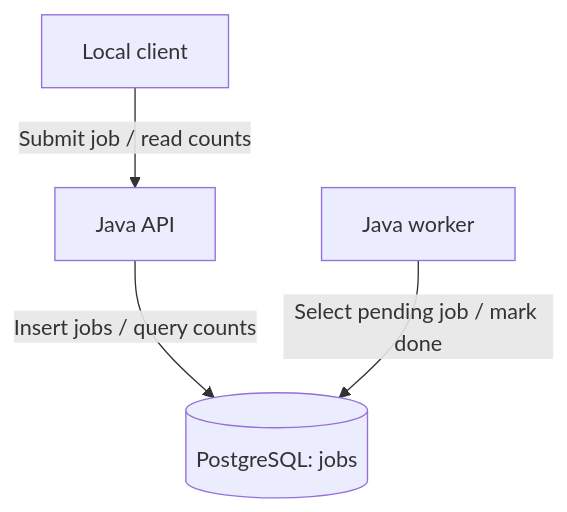
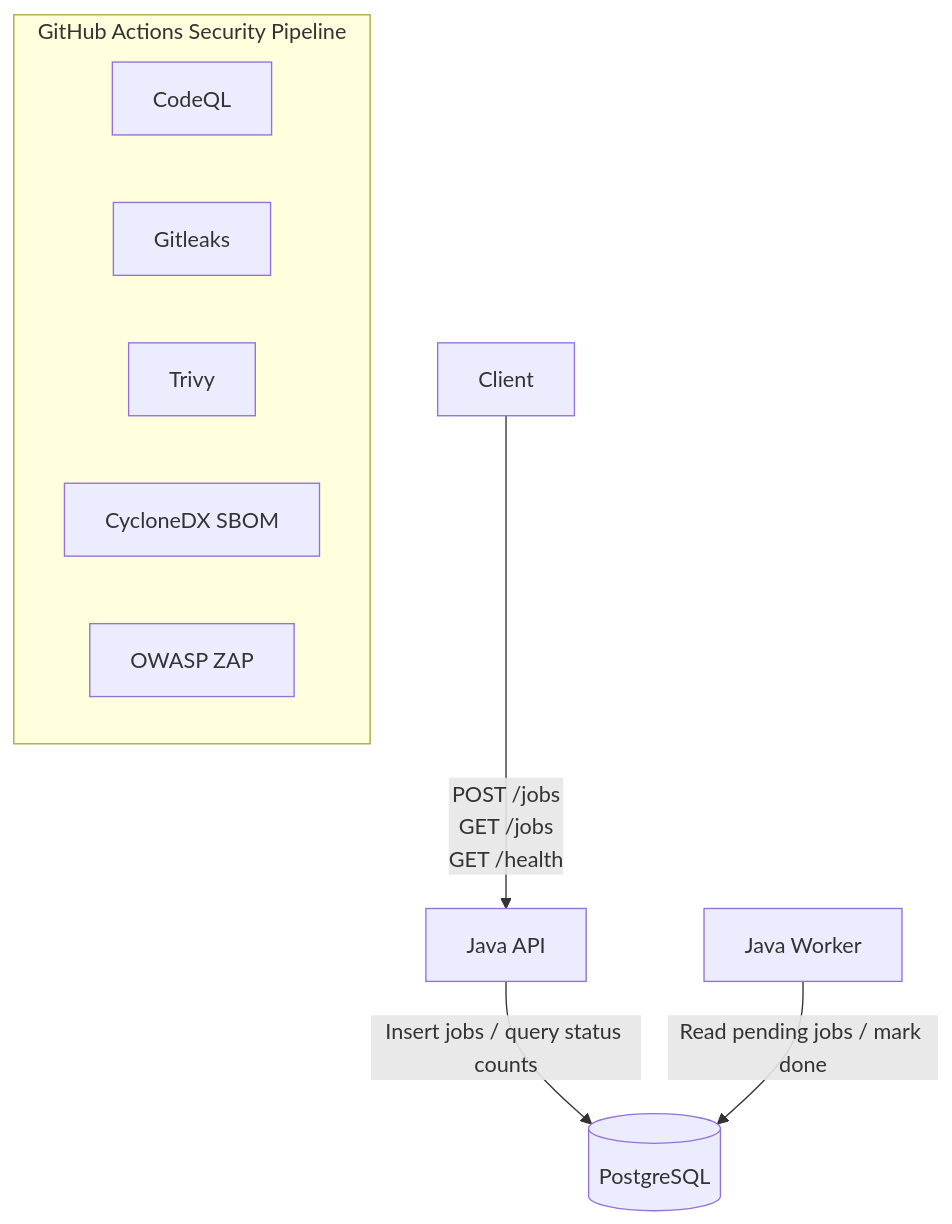
One commit to nokishohid-lgtm/AI-Assisted-DevSecOps-Security-Pipeline changed the diagram in README.md. Above: the diagram before and after it, drawn with Mermaid. The commit also changed other lines of this file, not shown here.

Commit message:
Update documentation for completed Phase 2 security coverage

````diff
--- a/README.md
+++ b/README.md
@@ -106,6 +139,14 @@
 ```mermaid
 flowchart TD
-    Client["Local client"] -->|"Submit job / read counts"| API["Java API"]
-    API -->|"Insert jobs / query counts"| DB[("PostgreSQL: jobs")]
-    Worker["Java worker"] -->|"Select pending job / mark done"| DB
+    Client["Client"] -->|"POST /jobs<br/>GET /jobs<br/>GET /health"| API["Java API"]
+    API -->|"Insert jobs / query status counts"| DB[("PostgreSQL")]
+    Worker["Java Worker"] -->|"Read pending jobs / mark done"| DB
+
+    subgraph DevSecOps["GitHub Actions Security Pipeline"]
+        CodeQL["CodeQL"]
+        Gitleaks["Gitleaks"]
+        Trivy["Trivy"]
+        SBOM["CycloneDX SBOM"]
+        ZAP["OWASP ZAP"]
+    end
 ```
````
